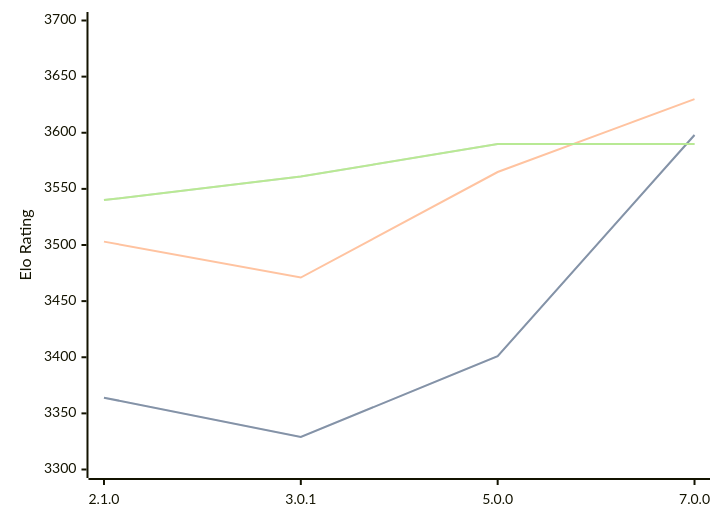
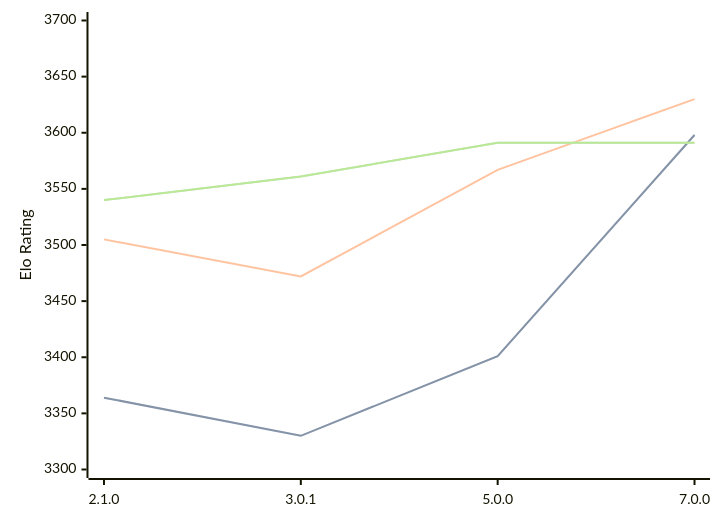
The diagram in engines/PlentyChess.md (computer-chess-index/cci), drawn with Mermaid before and after one commit. The commit also changed other lines of this file, not shown here.

Commit message:
Update CCI Ratings (ELO VLTC) - 2026-03-14

````diff
--- a/engines/PlentyChess.md
+++ b/engines/PlentyChess.md
@@ -43,11 +43,11 @@
 ```mermaid
 %%{init: {"theme":"base","themeVariables":{"seriesColors:['#a3a3a3','#222221','#faa371']}}}%%
 xychart-beta
   x-axis ["2.1.0", "3.0.1", "5.0.0", "7.0.0"]
   y-axis "Elo Rating" 3300 --> 3700
-  line "STC (8.0+0.08s)" [3364, 3329, 3401, 3598]
-  line "STC (8.0+0.08s)" [3364, 3329, 3401, 3598]
-  line "LTC (60.0+0.60s)" [3503, 3471, 3565, 3630]
-  line "VLTC (2m24s+1.12s)" [3540, 3561, 3590, 3590]
-  line "VLTC (2m24s+1.12s)" [3540, 3561, 3590, 3590]
+  line "STC (8.0+0.08s)" [3364, 3330, 3401, 3598]
+  line "STC (8.0+0.08s)" [3364, 3330, 3401, 3598]
+  line "LTC (60.0+0.60s)" [3505, 3472, 3567, 3630]
+  line "VLTC (2m24s+1.12s)" [3540, 3561, 3591, 3591]
+  line "VLTC (2m24s+1.12s)" [3540, 3561, 3591, 3591]
 ```
````
